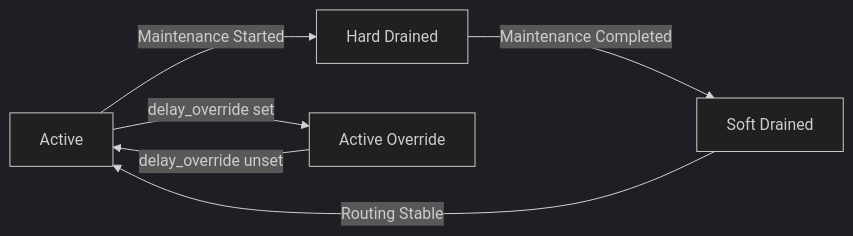
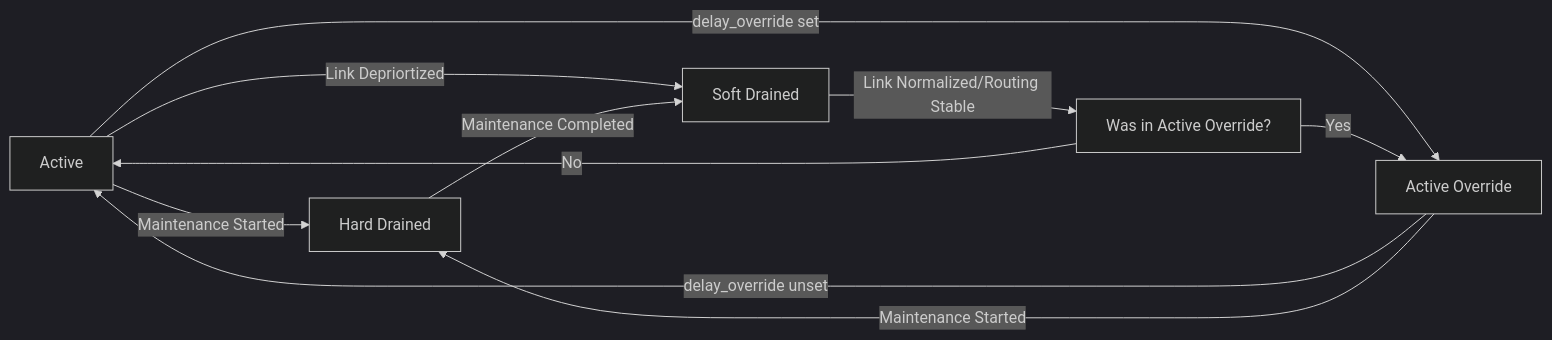
Before and after one commit to malbeclabs/doublezero: the first of 3 diagrams in rfcs/rfc7-draining-device-link.md, drawn with Mermaid (dark theme). The commit also changed other lines of this file, not shown here.

Commit message:
Fix mermaid processes

````diff
--- a/rfcs/rfc7-draining-device-link.md
+++ b/rfcs/rfc7-draining-device-link.md
@@ -82,8 +82,13 @@
 ```mermaid
 graph LR
     ACTIVE[Active] -->|Maintenance Started| HARD_DRAINED[Hard Drained]
-    HARD_DRAINED -->|Maintenance Completed| SOFT_DRAINED[Soft Drained] 
-    SOFT_DRAINED -->|Routing Stable| ACTIVE
-    ACTIVE -->|delay_override set| ACTIVE_OVERRIDE[Active Override]
+    ACTIVE -->|Link Depriortized| SOFT_DRAINED[Soft Drained] 
+    ACTIVE -->|delay_override set| ACTIVE_OVERRIDE[Active Override]  
+    HARD_DRAINED -->|Maintenance Completed| SOFT_DRAINED 
+    SOFT_DRAINED -->|Link Normalized/Routing Stable| WAO[Was in Active Override?]
+    WAO -->|No| ACTIVE
+    WAO -->|Yes| ACTIVE_OVERRIDE
     ACTIVE_OVERRIDE -->|delay_override unset| ACTIVE
+    ACTIVE_OVERRIDE -->|Maintenance Started| HARD_DRAINED  
+
 ```
````
